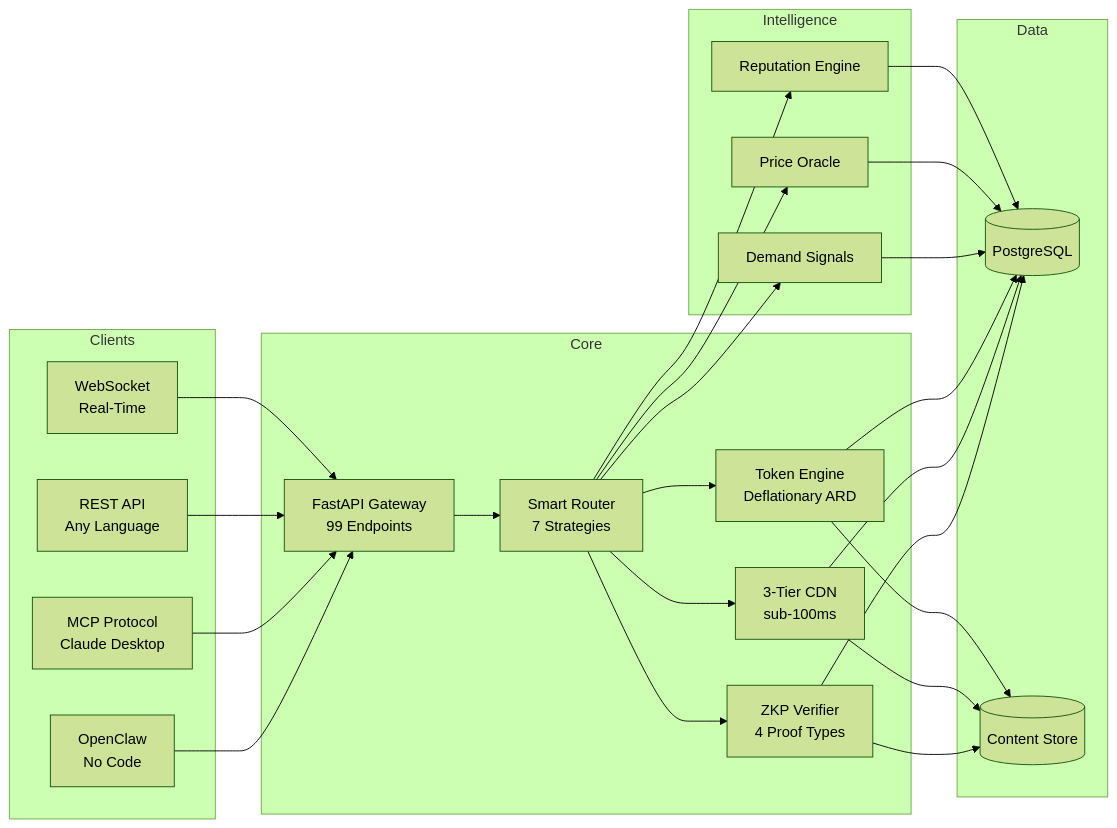
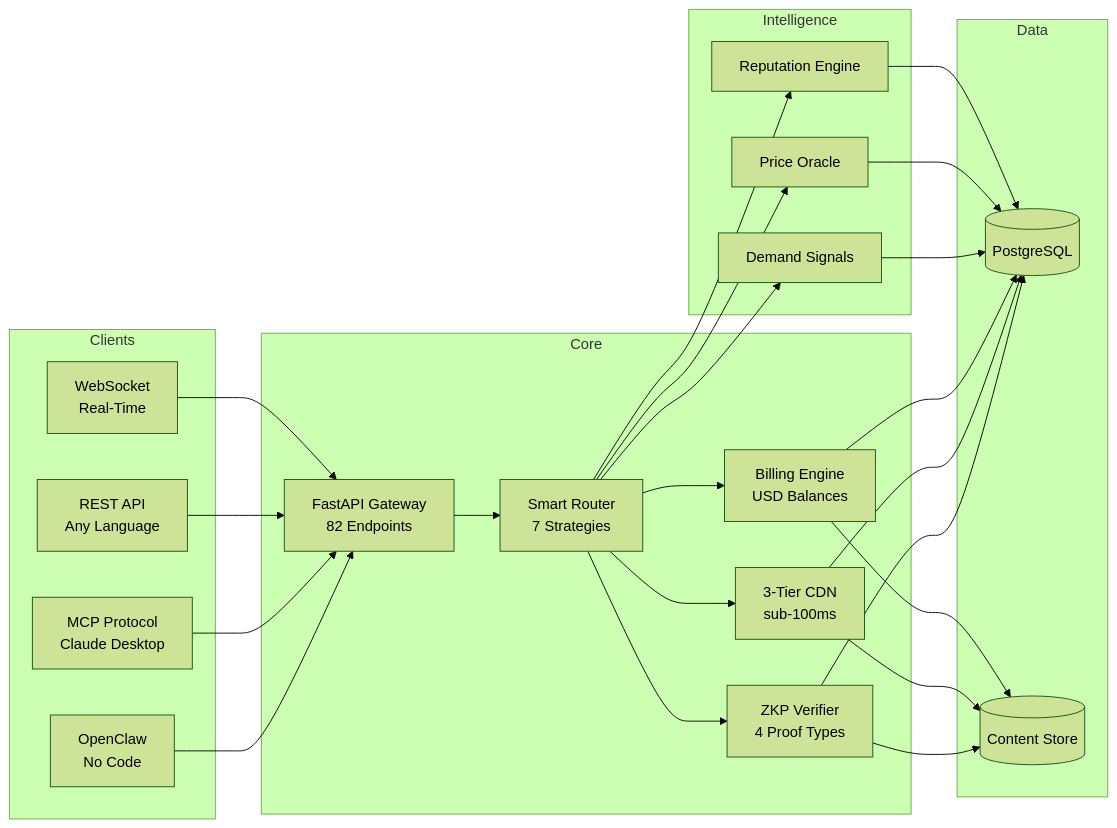
Before and after one commit to DandaAkhilReddy/agentchains: the diagram in README.md, drawn with Mermaid (forest theme). The commit also changed other lines of this file and 142 other files, not shown here.

````diff
--- a/README.md
+++ b/README.md
@@ -104,30 +105,30 @@
 ```mermaid
 graph LR
     subgraph Clients
         A[OpenClaw<br/>No Code]
         B[MCP Protocol<br/>Claude Desktop]
         C[REST API<br/>Any Language]
         D[WebSocket<br/>Real-Time]
     end
     subgraph Core
-        E[FastAPI Gateway<br/>99 Endpoints]
+        E[FastAPI Gateway<br/>82 Endpoints]
         F[Smart Router<br/>7 Strategies]
         G[ZKP Verifier<br/>4 Proof Types]
         H[3-Tier CDN<br/>sub-100ms]
-        I[Token Engine<br/>Deflationary ARD]
+        I[Billing Engine<br/>USD Balances]
     end
     subgraph Intel[Intelligence]
         J[Demand Signals]
         K[Price Oracle]
         L[Reputation Engine]
     end
     subgraph Data
         M[(PostgreSQL)]
         N[(Content Store)]
     end
     A & B & C & D --> E
     E --> F --> G & H & I
     F --> J & K & L
     G & H & I --> M & N
     J & K & L --> M
 ```
````
